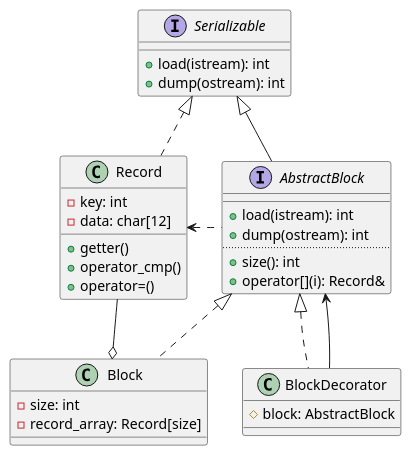
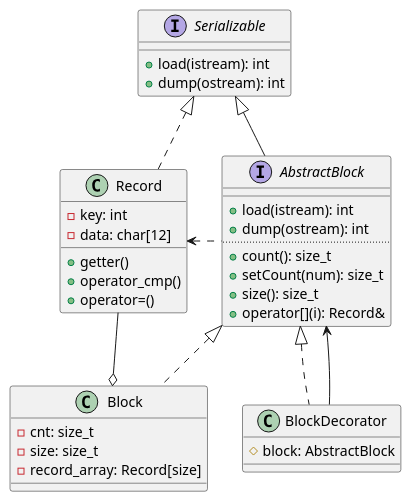
One commit to old6ix/HIT-Database-System-Labs changed the diagram in docs/ClassDiagram.puml. Above: the diagram before and after it, drawn with PlantUML. The commit also changed 11 other files, not shown here.

```diff
--- a/docs/ClassDiagram.puml
+++ b/docs/ClassDiagram.puml
@@ -1,45 +1,48 @@
 interface Serializable
 {
     +load(istream): int
     +dump(ostream): int
 }
 
 class Record
 {
     -key: int
     -data: char[12]
     +getter()
     +operator_cmp()
     +operator=()
 }
 
 interface AbstractBlock
 {
     __
     +load(istream): int
     +dump(ostream): int
     ..
-    +size(): int
+    +count(): size_t
+    +setCount(num): size_t
+    +size(): size_t
     +operator[](i): Record&
 }
 
 class Block
 {
-    -size: int
+    -cnt: size_t
+    -size: size_t
     -record_array: Record[size]
 }
 
 class BlockDecorator
 {
     #block: AbstractBlock
 }
 
 Serializable <|.. Record
 Serializable <|-- AbstractBlock
 AbstractBlock <|.. BlockDecorator
 AbstractBlock <-- BlockDecorator
 
 Record <. AbstractBlock
 AbstractBlock <|.. Block
 
 Record -o Block
```
